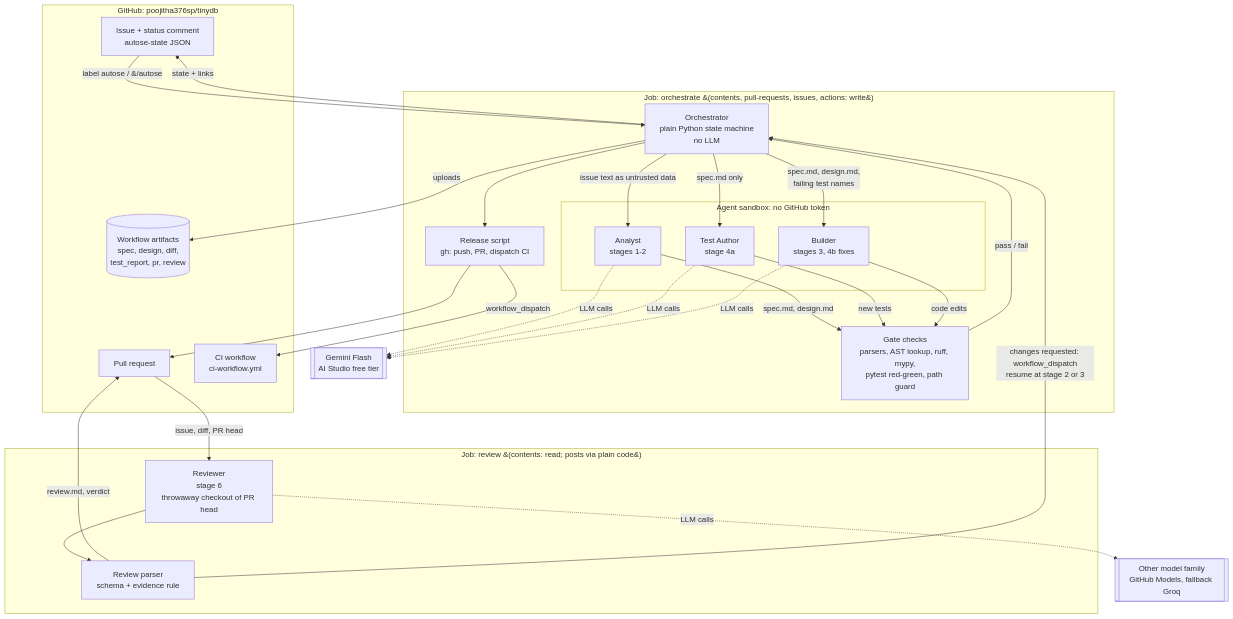
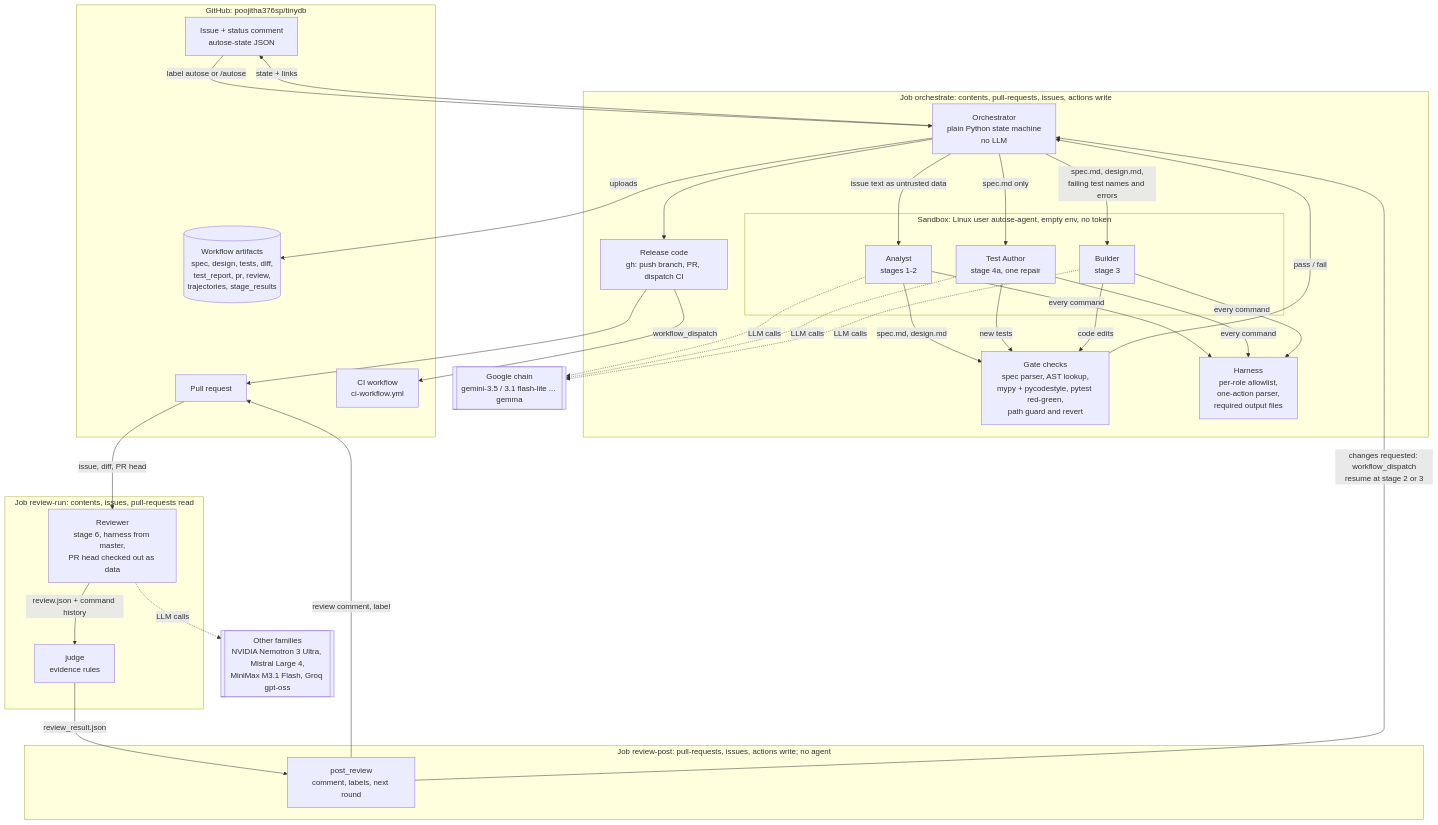
The diagram in architecture/views/component.md (poojitha376sp/tinydb), drawn with Mermaid before and after one commit. The commit also changed other lines of this file and 2 other files, not shown here.

Commit message:
Updated the component view and stage map to the built workflow and added the sequence view from a real run

````diff
--- a/architecture/views/component.md
+++ b/architecture/views/component.md
@@ -7,48 +8,55 @@
 ```mermaid
 flowchart TB
     subgraph GH[GitHub: poojitha376sp/tinydb]
         ISS[Issue + status comment<br/>autose-state JSON]
         PR[Pull request]
         CI[CI workflow<br/>ci-workflow.yml]
-        ART[(Workflow artifacts<br/>spec, design, diff,<br/>test_report, pr, review)]
+        ART[(Workflow artifacts<br/>spec, design, tests, diff,<br/>test_report, pr, review,<br/>trajectories, stage_results)]
     end
 
-    subgraph J1[Job: orchestrate &#40;contents, pull-requests, issues, actions: write&#41;]
+    subgraph J1[Job orchestrate: contents, pull-requests, issues, actions write]
         ORC[Orchestrator<br/>plain Python state machine<br/>no LLM]
-        GATE[Gate checks<br/>parsers, AST lookup, ruff, mypy,<br/>pytest red-green, path guard]
-        REL[Release script<br/>gh: push, PR, dispatch CI]
-        subgraph SBX[Agent sandbox: no GitHub token]
+        GATE[Gate checks<br/>spec parser, AST lookup,<br/>mypy + pycodestyle, pytest red-green,<br/>path guard and revert]
+        REL[Release code<br/>gh: push branch, PR, dispatch CI]
+        subgraph SBX[Sandbox: Linux user autose-agent, empty env, no token]
             AN[Analyst<br/>stages 1-2]
-            TA[Test Author<br/>stage 4a]
-            BU[Builder<br/>stages 3, 4b fixes]
+            TA[Test Author<br/>stage 4a, one repair]
+            BU[Builder<br/>stage 3]
         end
+        HAR[Harness<br/>per-role allowlist,<br/>one-action parser,<br/>required output files]
     end
 
-    subgraph J2[Job: review &#40;contents: read; posts via plain code&#41;]
-        RV[Reviewer<br/>stage 6<br/>throwaway checkout of PR head]
-        RP[Review parser<br/>schema + evidence rule]
+    subgraph J2[Job review-run: contents, issues, pull-requests read]
+        RV[Reviewer<br/>stage 6, harness from master,<br/>PR head checked out as data]
+        JD[judge<br/>evidence rules]
     end
 
-    GEM[[Gemini Flash<br/>AI Studio free tier]]
-    ALT[[Other model family<br/>GitHub Models, fallback Groq]]
+    subgraph J3[Job review-post: pull-requests, issues, actions write; no agent]
+        RP[post_review<br/>comment, labels, next round]
+    end
 
-    ISS -- label autose / &#47;autose --> ORC
+    GEM[[Google chain<br/>gemini-3.5 / 3.1 flash-lite ... gemma]]
+    ALT[[Other families<br/>NVIDIA Nemotron 3 Ultra, Mistral Large 4,<br/>MiniMax M3.1 Flash, Groq gpt-oss]]
+
+    ISS -- label autose or /autose --> ORC
     ORC -- issue text as untrusted data --> AN
     AN -- spec.md, design.md --> GATE
     ORC -- spec.md only --> TA
     TA -- new tests --> GATE
-    ORC -- spec.md, design.md,<br/>failing test names --> BU
+    ORC -- spec.md, design.md,<br/>failing test names and errors --> BU
     BU -- code edits --> GATE
+    AN & TA & BU -- every command --> HAR
     GATE -- pass / fail --> ORC
     ORC --> REL
     REL --> PR
     REL -- workflow_dispatch --> CI
     ORC -- state + links --> ISS
     ORC -- uploads --> ART
     AN & TA & BU -. LLM calls .-> GEM
     PR -- issue, diff, PR head --> RV
     RV -. LLM calls .-> ALT
-    RV --> RP
-    RP -- review.md, verdict --> PR
+    RV -- review.json + command history --> JD
+    JD -- review_result.json --> RP
+    RP -- review comment, label --> PR
     RP -- changes requested: workflow_dispatch<br/>resume at stage 2 or 3 --> ORC
 ```
````
